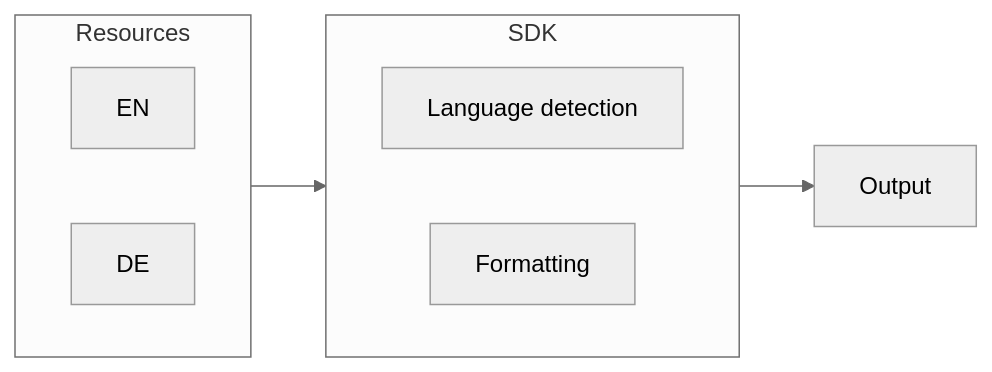
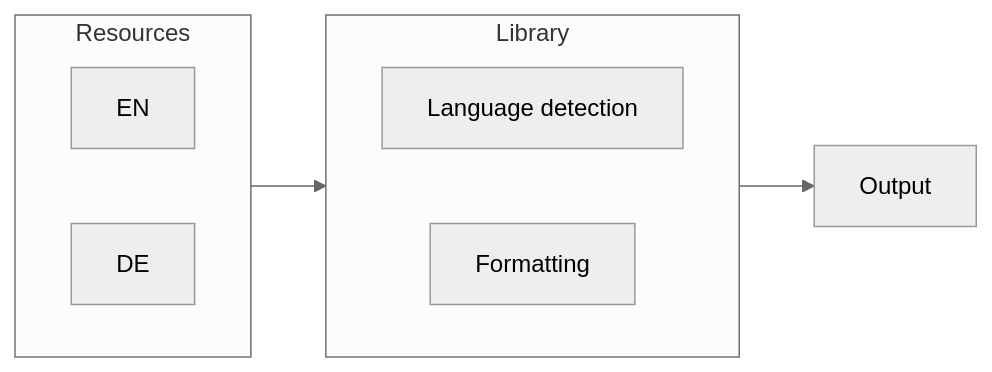
The second of 4 diagrams in rfcs/001-core-architecture.md (opral/monorepo), drawn with Mermaid (neutral theme) before and after one commit. The commit also changed other lines of this file, not shown here.

First line of the commit message:
rename `i18n sdk` to `i18n-library`

````diff
--- a/rfcs/001-core-architecture.md
+++ b/rfcs/001-core-architecture.md
@@ -137,17 +137,17 @@
 ```mermaid
 flowchart LR
     subgraph Resources
       direction LR
       EN
       DE
     end
 
-    subgraph SDK
+    subgraph Library
         direction LR
         Language[Language detection]
         Formatting
     end
 
-    Resources-->SDK-->Output
+    Resources-->Library-->Output
 
 ```
````
